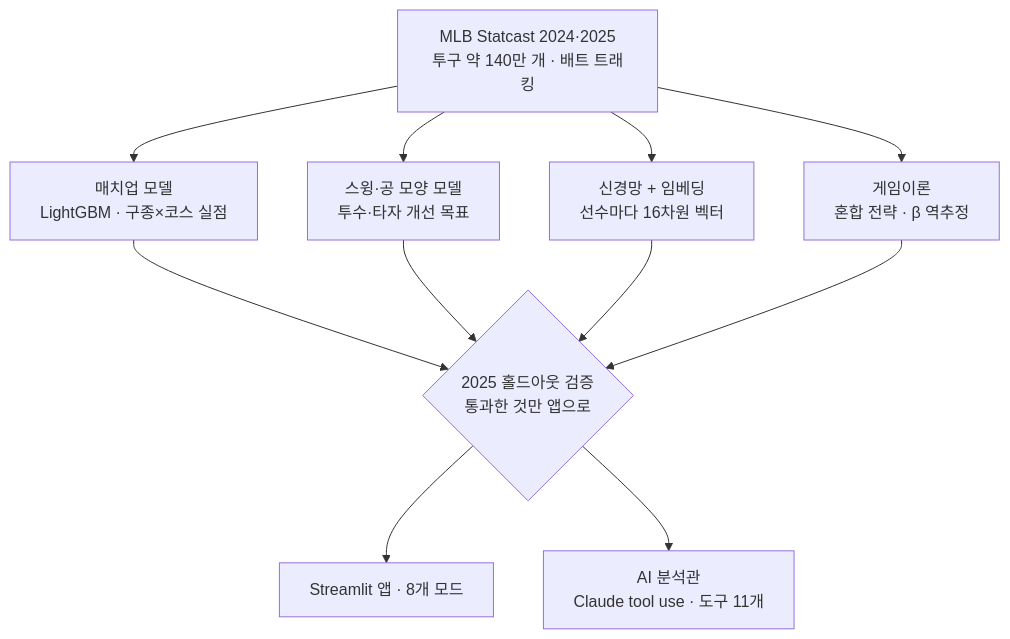
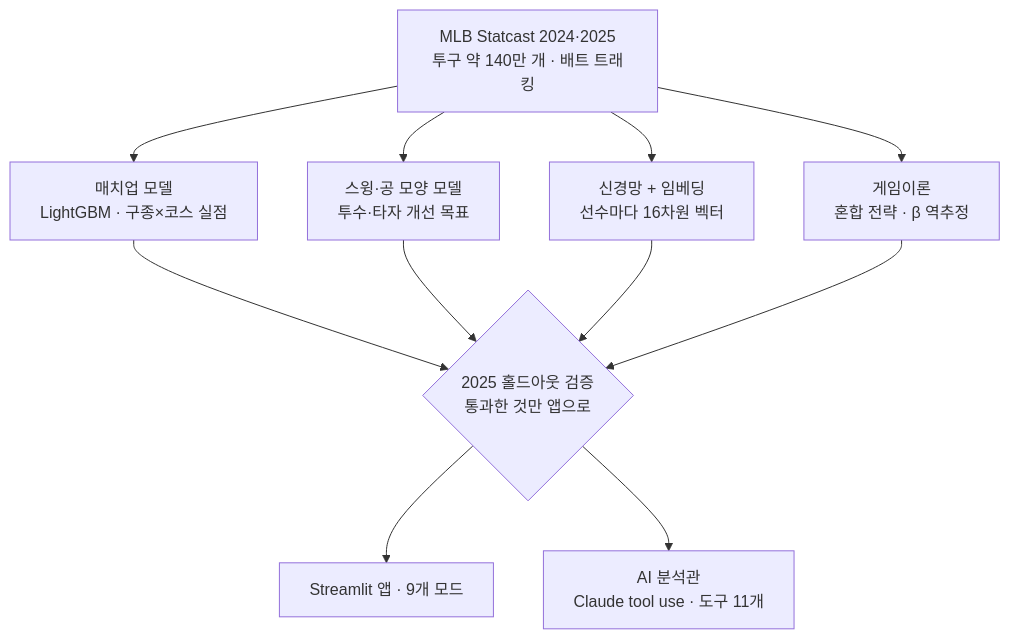
Before and after one commit to chominki2020-afk/Baseball_AI: the diagram in README.md, drawn with Mermaid. The commit also changed other lines of this file and 1 other file, not shown here.

Commit message:
온라인 데모 링크 추가

````diff
--- a/README.md
+++ b/README.md
@@ -26,13 +28,13 @@
 ```mermaid
 flowchart TD
     D["MLB Statcast 2024·2025<br/>투구 약 140만 개 · 배트 트래킹"] --> M1["매치업 모델<br/>LightGBM · 구종×코스 실점"]
     D --> M2["스윙·공 모양 모델<br/>투수·타자 개선 목표"]
     D --> M3["신경망 + 임베딩<br/>선수마다 16차원 벡터"]
     D --> M4["게임이론<br/>혼합 전략 · β 역추정"]
     M1 --> G{"2025 홀드아웃 검증<br/>통과한 것만 앱으로"}
     M2 --> G
     M3 --> G
     M4 --> G
-    G --> A["Streamlit 앱 · 8개 모드"]
+    G --> A["Streamlit 앱 · 9개 모드"]
     G --> AI["AI 분석관<br/>Claude tool use · 도구 11개"]
 ```
````
